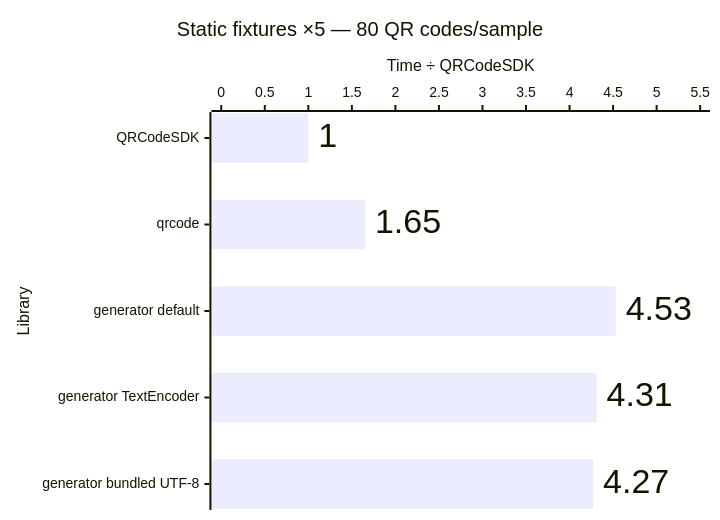
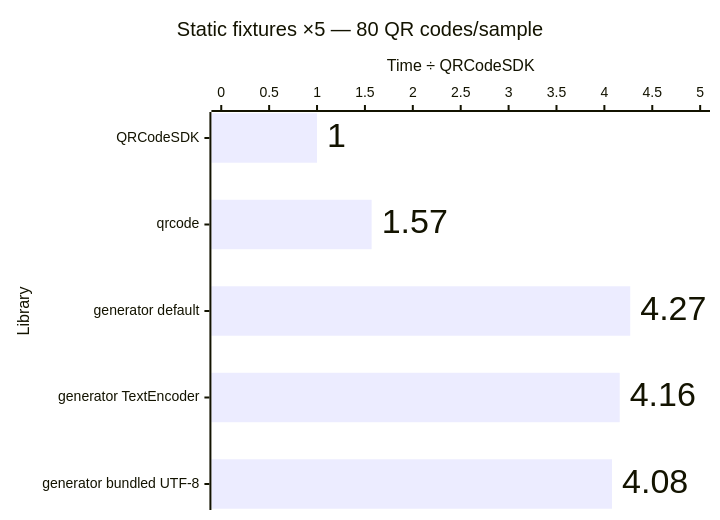
Before and after one commit to Dafnik/qrcodesdk: the second of 12 diagrams in apps/docs/src/content/docs/advanced/performance.md, drawn with Mermaid. The commit also changed other lines of this file and 5 other files, not shown here.

````diff
--- a/apps/docs/src/content/docs/advanced/performance.md
+++ b/apps/docs/src/content/docs/advanced/performance.md
@@ -41,15 +41,15 @@
 ```mermaid
 ---
 config:
   xyChart:
     showDataLabel: true
     showDataLabelOutsideBar: true
 ---
 xychart horizontal
   accTitle: Matrix generation: Static fixtures ×5 — 80 QR codes/sample
-  accDescr: Relative median time compared with QRCodeSDK. QRCodeSDK 1.00 times, qrcode 1.65 times, generator default 4.53 times, generator TextEncoder 4.31 times, generator bundled UTF-8 4.27 times. Lower is better.
+  accDescr: Relative median time compared with QRCodeSDK. QRCodeSDK 1.00 times, qrcode 1.57 times, generator default 4.27 times, generator TextEncoder 4.16 times, generator bundled UTF-8 4.08 times. Lower is better.
   title "Static fixtures ×5 — 80 QR codes/sample"
   x-axis "Library" ["QRCodeSDK", "qrcode", "generator default", "generator TextEncoder", "generator bundled UTF-8"]
-  y-axis "Time ÷ QRCodeSDK" 0 --> 5.5
-  bar [1.00, 1.65, 4.53, 4.31, 4.27]
+  y-axis "Time ÷ QRCodeSDK" 0 --> 5.0
+  bar [1.00, 1.57, 4.27, 4.16, 4.08]
 ```
````
